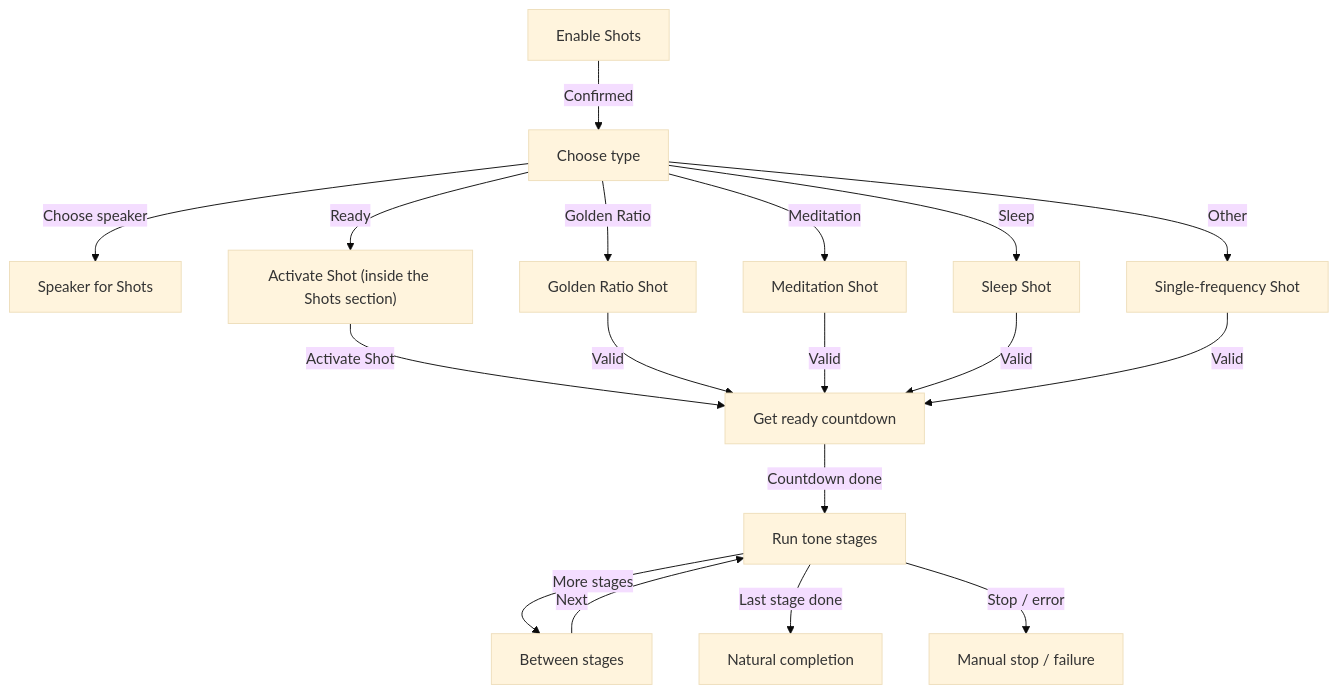
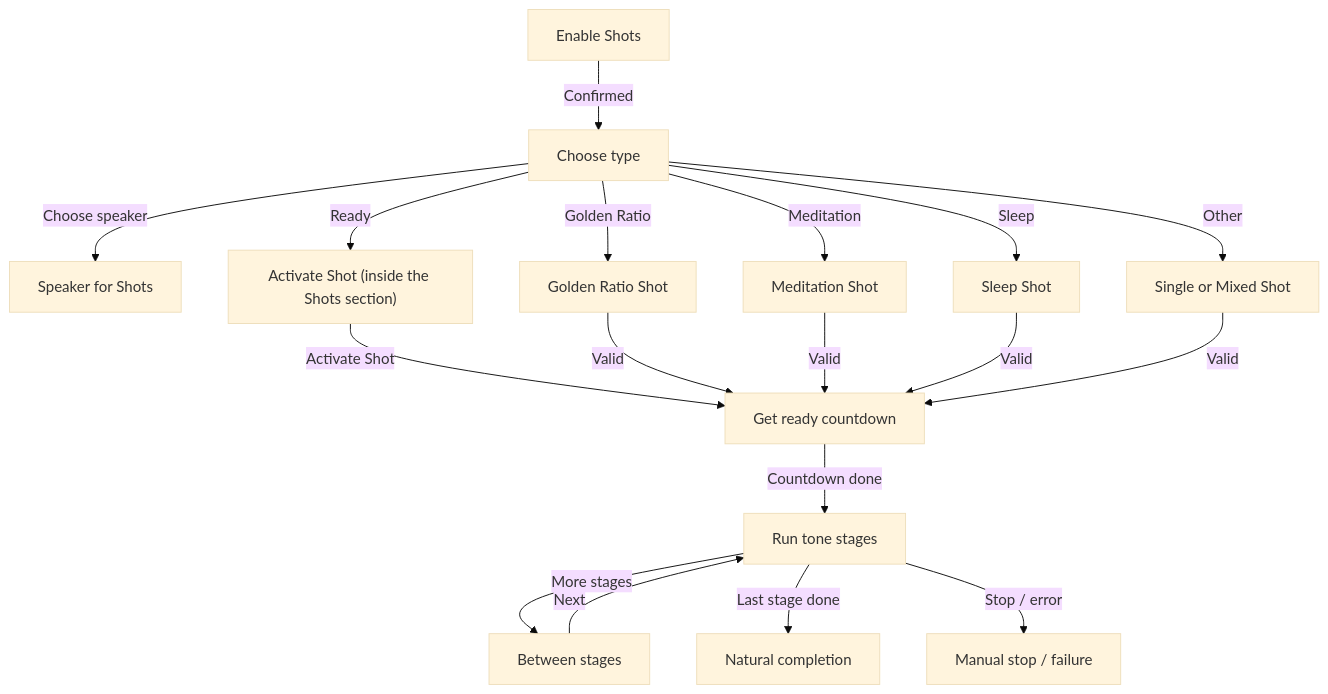
One commit to missionode/lite changed diagram 15 of 58 in docs/app-map/FLOW-REFERENCE.md. Above: the diagram before and after it, drawn with Mermaid (base theme). The commit also changed other lines of this file and 29 other files, not shown here.

````diff
--- a/docs/app-map/FLOW-REFERENCE.md
+++ b/docs/app-map/FLOW-REFERENCE.md
@@ -834,33 +834,33 @@
 ```mermaid
 flowchart TD
   enable["Enable Shots"]
   type["Choose type"]
   speaker["Speaker for Shots"]
   activate["Activate Shot (inside the Shots section)"]
   med["Meditation Shot"]
   sleep["Sleep Shot"]
   golden["Golden Ratio Shot"]
-  single["Single-frequency Shot"]
+  single["Single or Mixed Shot"]
   prep["Get ready countdown"]
   run["Run tone stages"]
   gaps["Between stages"]
   reload["Natural completion"]
   abort["Manual stop / failure"]
   enable -->|"Confirmed"| type
   type -->|"Choose speaker"| speaker
   type -->|"Ready"| activate
   activate -->|"Activate Shot"| prep
   type -->|"Meditation"| med
   type -->|"Sleep"| sleep
   type -->|"Golden Ratio"| golden
   golden -->|"Valid"| prep
   type -->|"Other"| single
   med -->|"Valid"| prep
   sleep -->|"Valid"| prep
   single -->|"Valid"| prep
   prep -->|"Countdown done"| run
   run -->|"More stages"| gaps
   gaps -->|"Next"| run
   run -->|"Last stage done"| reload
   run -->|"Stop / error"| abort
 ```
````
